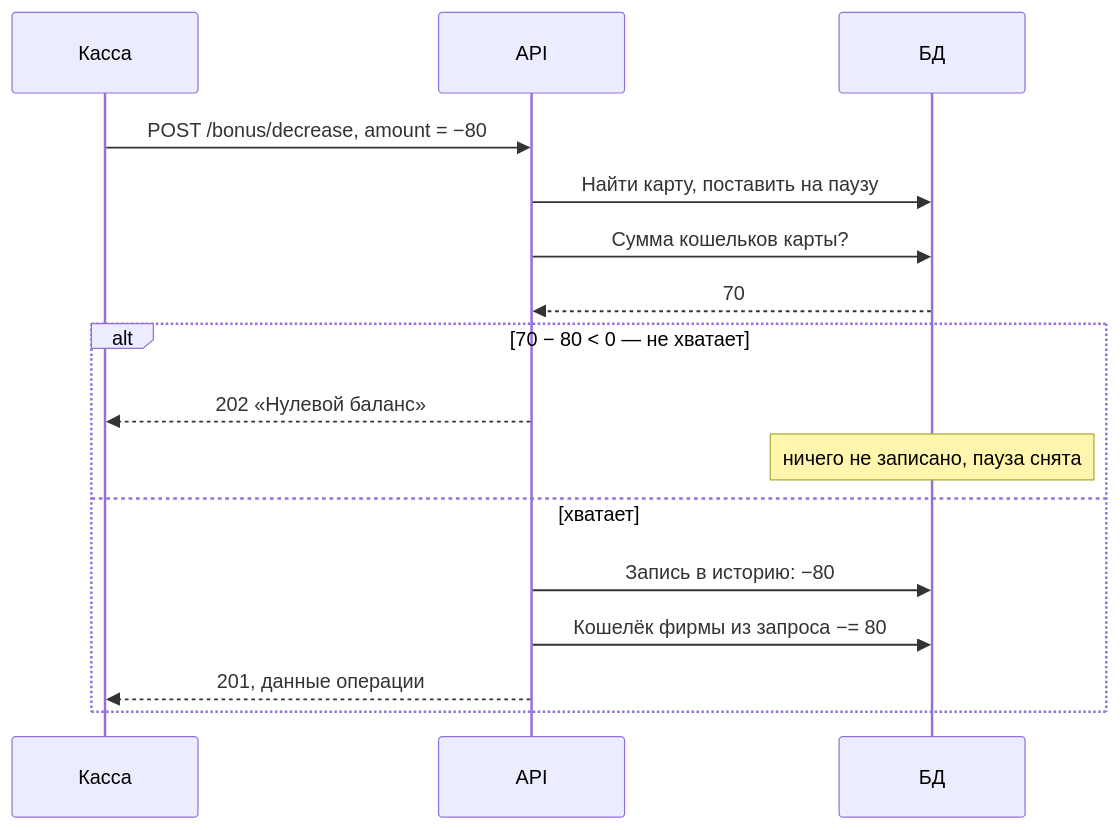
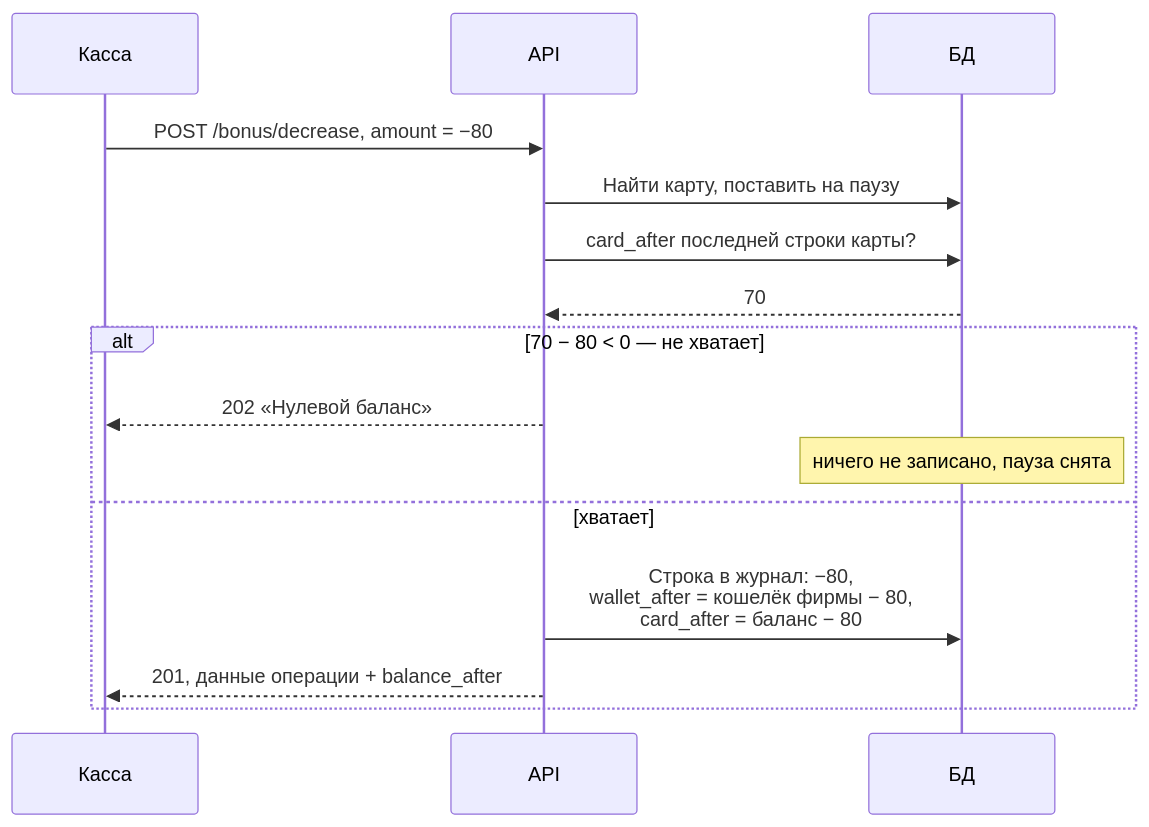
Before and after one commit to maltcevrg/apteka_api: the fourth of 9 diagrams in docs/10-shemy-operatsij.md, drawn with Mermaid. The commit also changed other lines of this file and 7 other files, not shown here.

````diff
--- a/docs/10-shemy-operatsij.md
+++ b/docs/10-shemy-operatsij.md
@@ -61,18 +59,17 @@
 ```mermaid
 sequenceDiagram
     participant Касса
     participant API
     participant БД
     Касса->>API: POST /bonus/decrease, amount = −80
     API->>БД: Найти карту, поставить на паузу
-    API->>БД: Сумма кошельков карты?
+    API->>БД: card_after последней строки карты?
     БД-->>API: 70
     alt 70 − 80 < 0 — не хватает
         API-->>Касса: 202 «Нулевой баланс»
         Note over БД: ничего не записано, пауза снята
     else хватает
-        API->>БД: Запись в историю: −80
-        API->>БД: Кошелёк фирмы из запроса −= 80
-        API-->>Касса: 201, данные операции
+        API->>БД: Строка в журнал: −80,<br/>wallet_after = кошелёк фирмы − 80,<br/>card_after = баланс − 80
+        API-->>Касса: 201, данные операции + balance_after
     end
 ```
````
